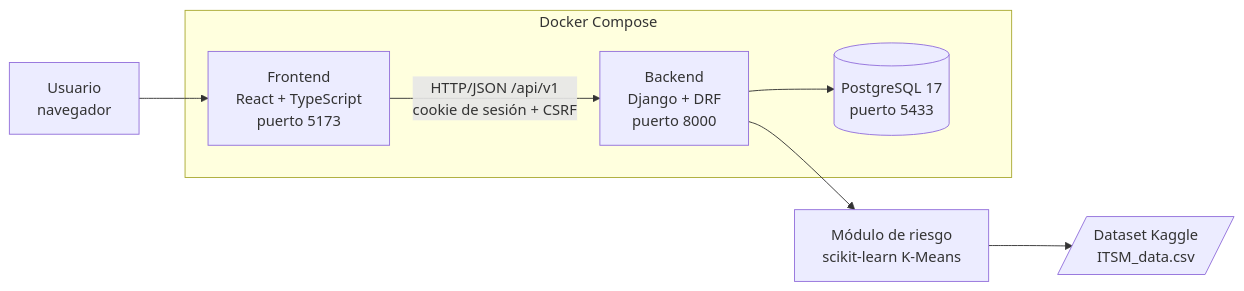
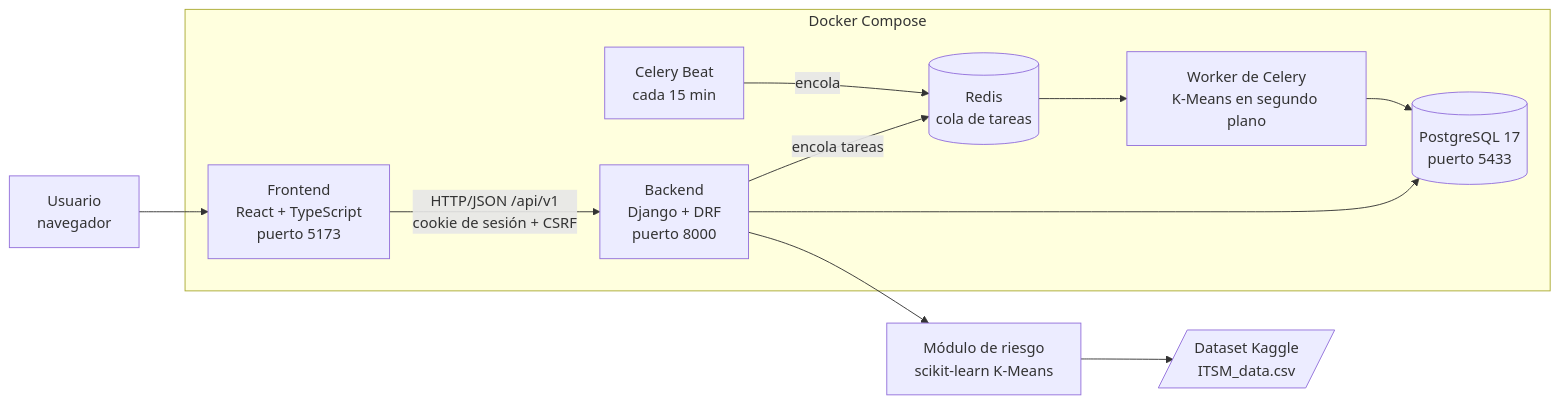
Before and after one commit to SnayderC/NexoLab: the first of 5 diagrams in docs/DOCUMENTO_PARA_TESIS.md, drawn with Mermaid. The commit also changed other lines of this file and 80 other files, not shown here.

Commit message:
feat: Celery y Redis con recálculo cada 15 min, anular equipo, análisis de k, tablet, bitácora y pruebas del frontend

````diff
--- a/docs/DOCUMENTO_PARA_TESIS.md
+++ b/docs/DOCUMENTO_PARA_TESIS.md
@@ -205,13 +293,20 @@
 ```mermaid
 flowchart LR
     U[Usuario<br/>navegador] --> F[Frontend<br/>React + TypeScript<br/>puerto 5173]
     F -- "HTTP/JSON /api/v1<br/>cookie de sesión + CSRF" --> B[Backend<br/>Django + DRF<br/>puerto 8000]
     B --> DB[(PostgreSQL 17<br/>puerto 5433)]
     B --> K[Módulo de riesgo<br/>scikit-learn K-Means]
     K --> DS[/Dataset Kaggle<br/>ITSM_data.csv/]
+    B -- "encola tareas" --> R[(Redis<br/>cola de tareas)]
+    BT[Celery Beat<br/>cada 15 min] -- "encola" --> R
+    R --> W[Worker de Celery<br/>K-Means en segundo plano]
+    W --> DB
     subgraph Docker Compose
       F
       B
       DB
+      R
+      W
+      BT
     end
 ```
````
